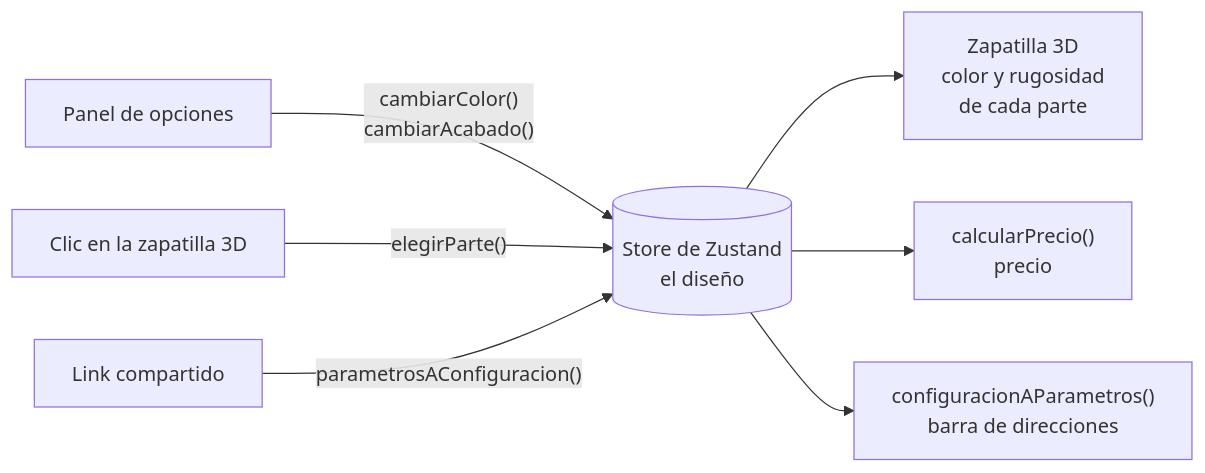
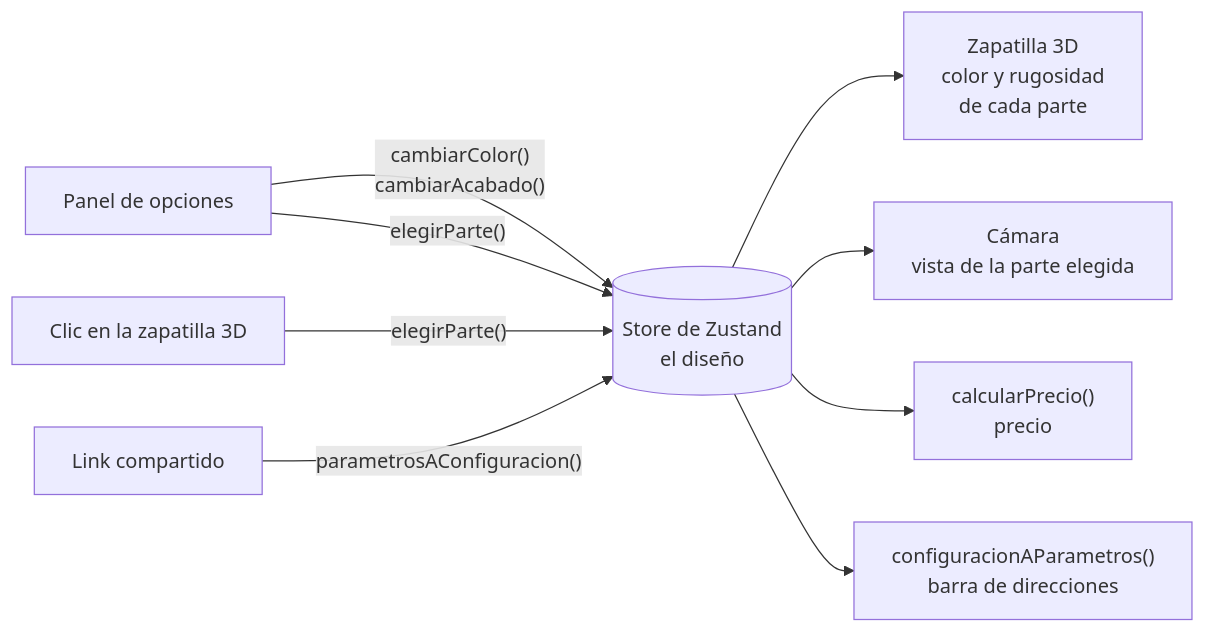
The diagram in README.md (Vitomans/configurador-3d), drawn with Mermaid before and after one commit. The commit also changed other lines of this file, not shown here.

Commit message:
docs: explica en el README la cámara que va a la parte y el resalte

````diff
--- a/README.md
+++ b/README.md
@@ -41,9 +42,11 @@
 ```mermaid
 flowchart LR
     panel["Panel de opciones"] -->|"cambiarColor()<br/>cambiarAcabado()"| store[("Store de Zustand<br/>el diseño")]
+    panel -->|"elegirParte()"| store
     zapatilla["Clic en la zapatilla 3D"] -->|"elegirParte()"| store
     store --> producto["Zapatilla 3D<br/>color y rugosidad<br/>de cada parte"]
+    store --> camara["Cámara<br/>vista de la parte elegida"]
     store --> precio["calcularPrecio()<br/>precio"]
     store --> url["configuracionAParametros()<br/>barra de direcciones"]
     link["Link compartido"] -->|"parametrosAConfiguracion()"| store
 ```
````
